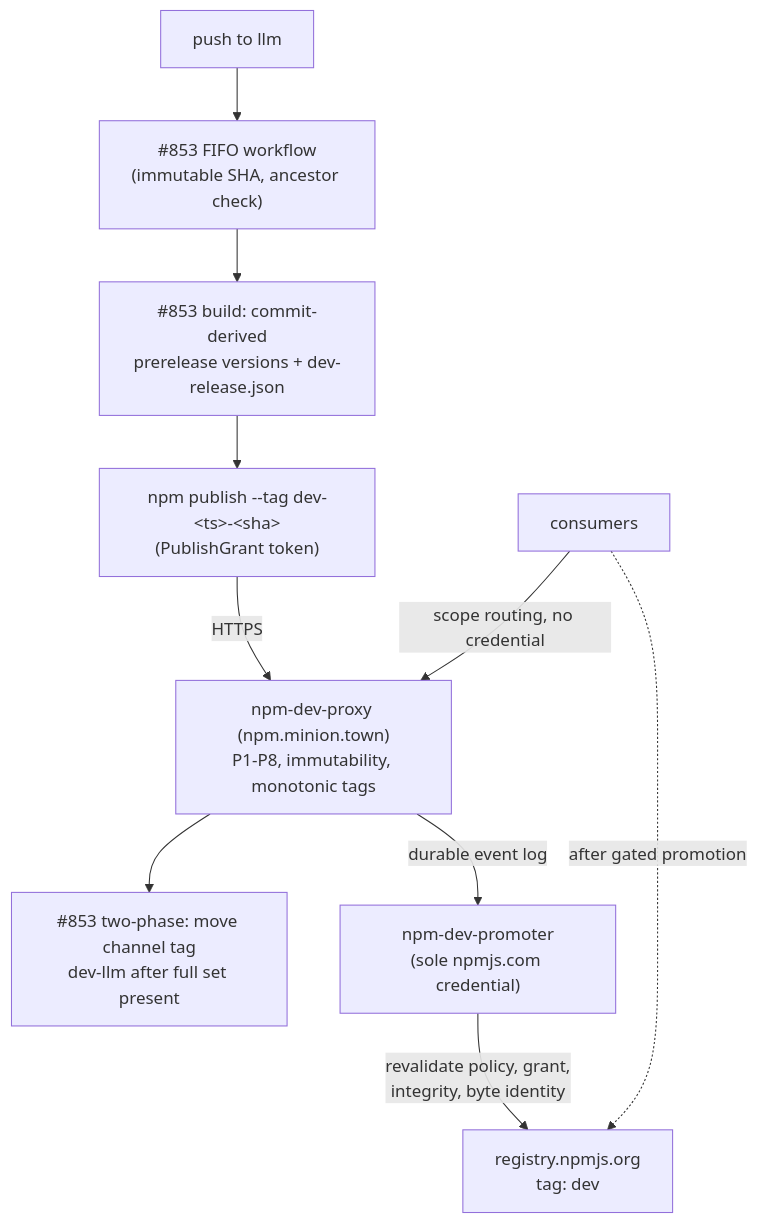
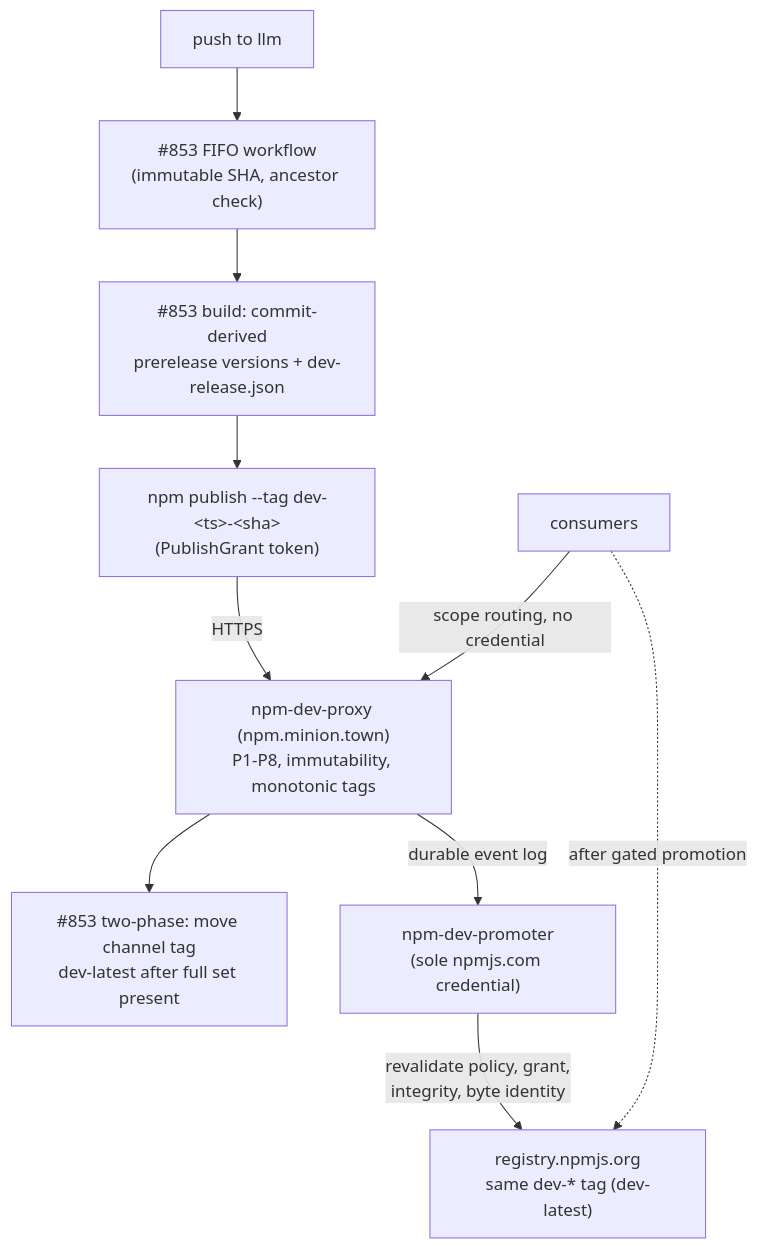
One commit to endojs/endo-but-for-bots changed the first of 3 diagrams in designs/npm-dev-publisher-attenuation.md. Above: the diagram before and after it, drawn with Mermaid. The commit also changed other lines of this file, not shown here.

First line of the commit message:
docs(design): align shared dev pointer to dev-latest (match #853)

````diff
--- a/designs/npm-dev-publisher-attenuation.md
+++ b/designs/npm-dev-publisher-attenuation.md
@@ -189,12 +189,12 @@
 ```mermaid
 flowchart TD
     push["push to llm"] --> fifo["#853 FIFO workflow<br/>(immutable SHA, ancestor check)"]
     fifo --> build["#853 build: commit-derived<br/>prerelease versions + dev-release.json"]
     build --> pub["npm publish --tag dev-&lt;ts&gt;-&lt;sha&gt;<br/>(PublishGrant token)"]
     pub -->|HTTPS| proxy["npm-dev-proxy (npm.minion.town)<br/>P1-P8, immutability, monotonic tags"]
-    proxy --> promoteTag["#853 two-phase: move channel tag<br/>dev-llm after full set present"]
+    proxy --> promoteTag["#853 two-phase: move channel tag<br/>dev-latest after full set present"]
     proxy -->|durable event log| promoter["npm-dev-promoter<br/>(sole npmjs.com credential)"]
-    promoter -->|revalidate policy, grant,<br/>integrity, byte identity| npmjs["registry.npmjs.org<br/>tag: dev"]
+    promoter -->|revalidate policy, grant,<br/>integrity, byte identity| npmjs["registry.npmjs.org<br/>same dev-* tag (dev-latest)"]
     consumer["consumers"] -->|scope routing, no credential| proxy
     consumer -.->|after gated promotion| npmjs
 ```
````
